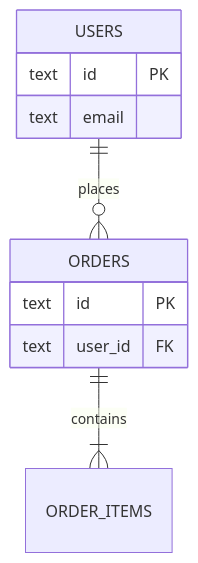
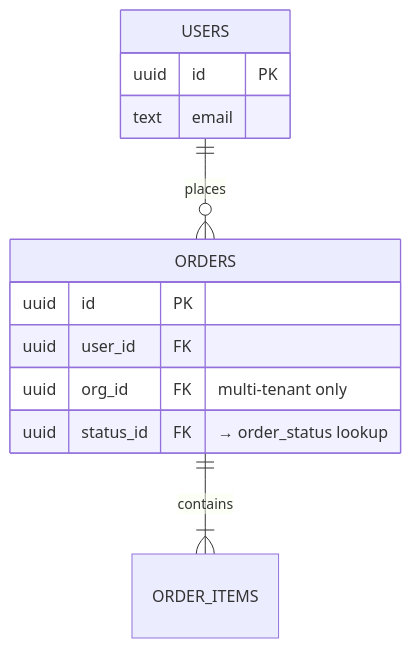
One commit to Gopisekaran/project-starter-kit changed the diagram in docs-template/architecture/data.md. Above: the diagram before and after it, drawn with Mermaid. The commit also changed other lines of this file and 19 other files, not shown here.

````diff
--- a/docs-template/architecture/data.md
+++ b/docs-template/architecture/data.md
@@ -31,13 +47,15 @@
 ```mermaid
 erDiagram
     USERS ||--o{ ORDERS : places
     ORDERS ||--|{ ORDER_ITEMS : contains
     USERS {
-        text id PK
+        uuid id PK
         text email
     }
     ORDERS {
-        text id PK
-        text user_id FK
+        uuid id PK
+        uuid user_id FK
+        uuid org_id FK "multi-tenant only"
+        uuid status_id FK "→ order_status lookup"
     }
 ```
````
